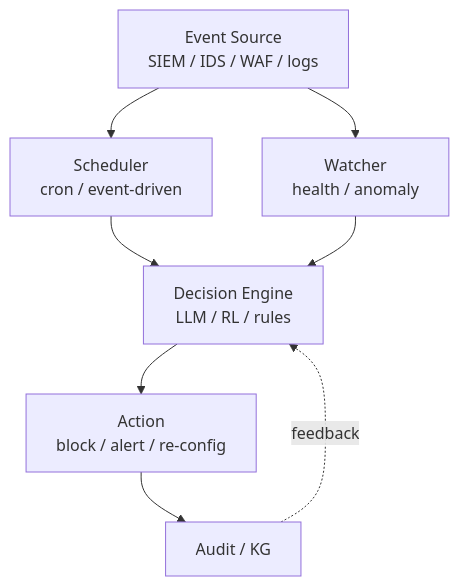
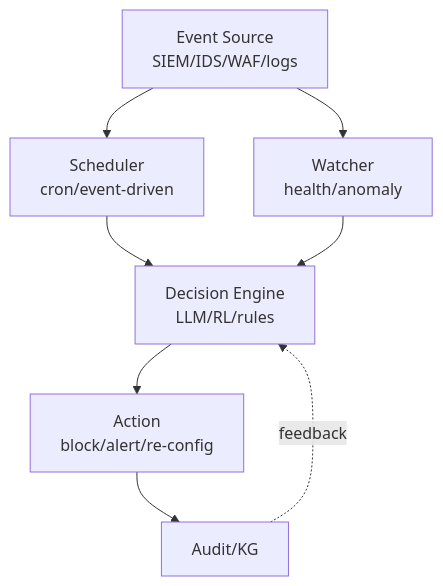
The first of 2 diagrams in contents/standalone/lecture/aisec/week11.md (mrgrit/ccc), drawn with Mermaid before and after one commit. The commit also changed other lines of this file and 1 other file, not shown here.

First line of the commit message:
feat(standalone/aisec): W11 교과서 + 실 hands-on — cron + Q-learning + watchdog

````diff
--- a/contents/standalone/lecture/aisec/week11.md
+++ b/contents/standalone/lecture/aisec/week11.md
@@ -62,17 +67,17 @@
 ```mermaid
 flowchart TB
-    EVENT[Event Source<br/>SIEM / IDS / WAF / logs]
-    SCHED[Scheduler<br/>cron / event-driven]
-    WATCH[Watcher<br/>health / anomaly]
-    DECIDE[Decision Engine<br/>LLM / RL / rules]
-    ACT[Action<br/>block / alert / re-config]
-    AUDIT[Audit / KG]
+    EVENT[Event Source<br/>SIEM/IDS/WAF/logs]
+    SCHED[Scheduler<br/>cron/event-driven]
+    WATCH[Watcher<br/>health/anomaly]
+    DECIDE[Decision Engine<br/>LLM/RL/rules]
+    ACT[Action<br/>block/alert/re-config]
+    AUDIT[Audit/KG]
 
     EVENT --> SCHED
     EVENT --> WATCH
     SCHED --> DECIDE
     WATCH --> DECIDE
     DECIDE --> ACT
     ACT --> AUDIT
     AUDIT -.feedback.-> DECIDE
 ```
````
